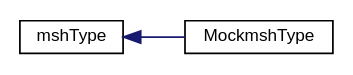
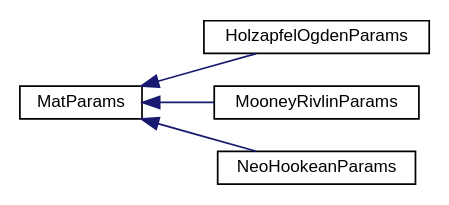
One commit to aabrown100-git/svMultiPhysics changed the diagram in inherit_graph_41.dot. Above: the diagram before and after it, drawn with Graphviz. The commit also changed 189 other files, not shown here.

```diff
--- a/inherit_graph_41.dot
+++ b/inherit_graph_41.dot
@@ -1,10 +1,14 @@
 digraph "Graphical Class Hierarchy"
 {
  // LATEX_PDF_SIZE
   edge [fontname="Helvetica",fontsize="10",labelfontname="Helvetica",labelfontsize="10"];
   node [fontname="Helvetica",fontsize="10",shape=record];
   rankdir="LR";
-  Node0 [label="mshType",height=0.2,width=0.4,color="black", fillcolor="white", style="filled",URL="$classmsh_type.html",tooltip="This is the container for a mesh or NURBS patch, those specific to NURBS are noted."];
+  Node0 [label="MatParams",height=0.2,width=0.4,color="black", fillcolor="white", style="filled",URL="$class_mat_params.html",tooltip=" "];
   Node0 -> Node1 [dir="back",color="midnightblue",fontsize="10",style="solid",fontname="Helvetica"];
-  Node1 [label="MockmshType",height=0.2,width=0.4,color="black", fillcolor="white", style="filled",URL="$class_mockmsh_type.html",tooltip=" "];
+  Node1 [label="HolzapfelOgdenParams",height=0.2,width=0.4,color="black", fillcolor="white", style="filled",URL="$class_holzapfel_ogden_params.html",tooltip=" "];
+  Node0 -> Node2 [dir="back",color="midnightblue",fontsize="10",style="solid",fontname="Helvetica"];
+  Node2 [label="MooneyRivlinParams",height=0.2,width=0.4,color="black", fillcolor="white", style="filled",URL="$class_mooney_rivlin_params.html",tooltip=" "];
+  Node0 -> Node3 [dir="back",color="midnightblue",fontsize="10",style="solid",fontname="Helvetica"];
+  Node3 [label="NeoHookeanParams",height=0.2,width=0.4,color="black", fillcolor="white", style="filled",URL="$class_neo_hookean_params.html",tooltip=" "];
 }
```
